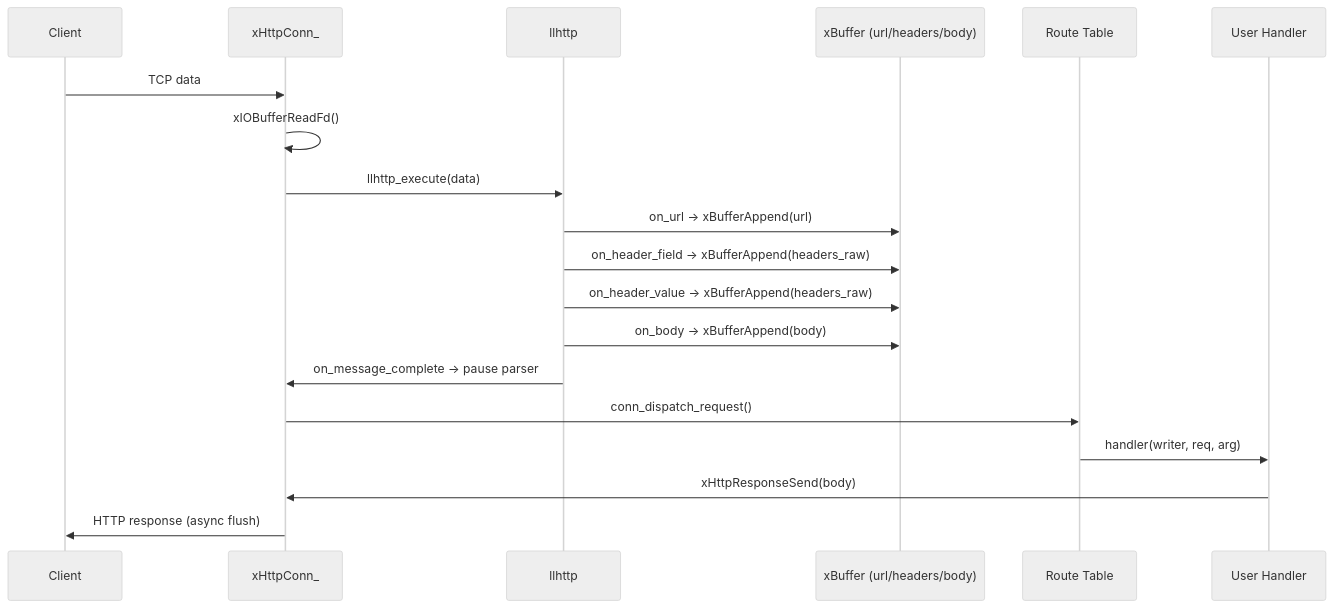
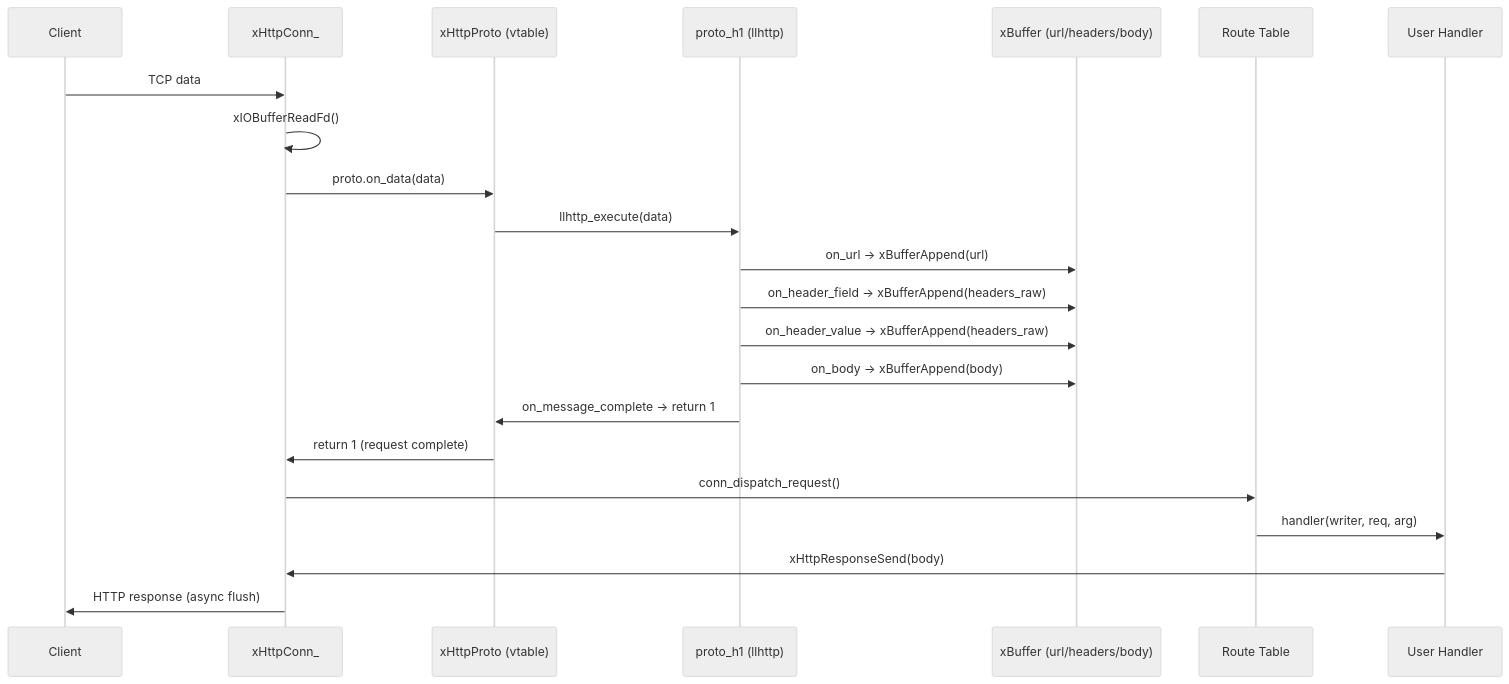
Before and after one commit to mivinci/DownloadKit: the third of 3 diagrams in docs/xhttp/server.md, drawn with Mermaid (neutral theme). The commit also changed other lines of this file and 9 other files, not shown here.

First line of the commit message:
feat(xhttp): extract protocol abstraction layer (xHttpProto vtable)

````diff
--- a/docs/xhttp/server.md
+++ b/docs/xhttp/server.md
@@ -92,22 +95,25 @@
 ```mermaid
 sequenceDiagram
     participant Client
     participant Conn as xHttpConn_
-    participant Parser as llhttp
+    participant Proto as xHttpProto (vtable)
+    participant Parser as proto_h1 (llhttp)
     participant Bufs as xBuffer (url/headers/body)
     participant Router as Route Table
     participant Handler as User Handler
 
     Client->>Conn: TCP data
     Conn->>Conn: xIOBufferReadFd()
-    Conn->>Parser: llhttp_execute(data)
+    Conn->>Proto: proto.on_data(data)
+    Proto->>Parser: llhttp_execute(data)
     Parser->>Bufs: on_url → xBufferAppend(url)
     Parser->>Bufs: on_header_field → xBufferAppend(headers_raw)
     Parser->>Bufs: on_header_value → xBufferAppend(headers_raw)
     Parser->>Bufs: on_body → xBufferAppend(body)
-    Parser->>Conn: on_message_complete → pause parser
+    Parser->>Proto: on_message_complete → return 1
+    Proto->>Conn: return 1 (request complete)
     Conn->>Router: conn_dispatch_request()
     Router->>Handler: handler(writer, req, arg)
     Handler->>Conn: xHttpResponseSend(body)
     Conn->>Client: HTTP response (async flush)
 ```
````
